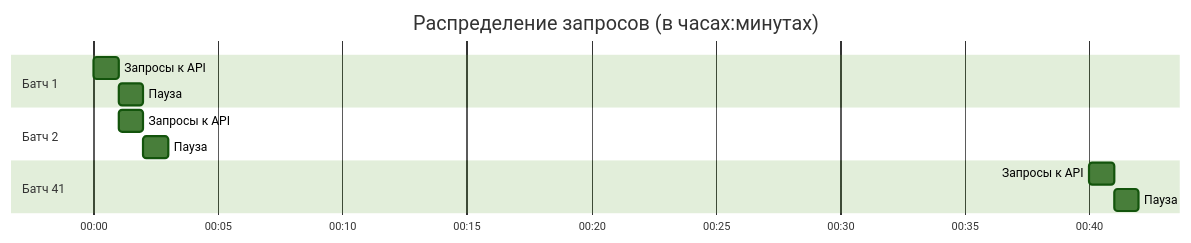
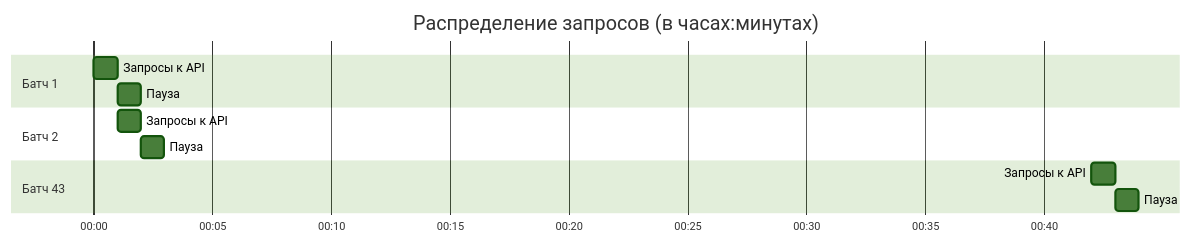
Before and after one commit to prog815/abscur3: the second of 2 diagrams in scripts/daily_update/README.md, drawn with Mermaid (forest theme). The commit also changed other lines of this file and 25 other files, not shown here.

````diff
--- a/scripts/daily_update/README.md
+++ b/scripts/daily_update/README.md
@@ -77,18 +77,18 @@
 ```mermaid
 gantt
     title Распределение запросов (в часах:минутах)
     dateFormat  HH:mm
     axisFormat %H:%M
     
     section Батч 1
     Запросы к API : 00:00, 1m
     Пауза : 00:01, 59s
     
     section Батч 2
     Запросы к API : 00:01, 1m
     Пауза : 00:02, 59s
     
-    section Батч 41
-    Запросы к API : 00:40, 1m
-    Пауза : 00:41, 59s
+    section Батч 43
+    Запросы к API : 00:42, 1m
+    Пауза : 00:43, 59s
 ```
````
